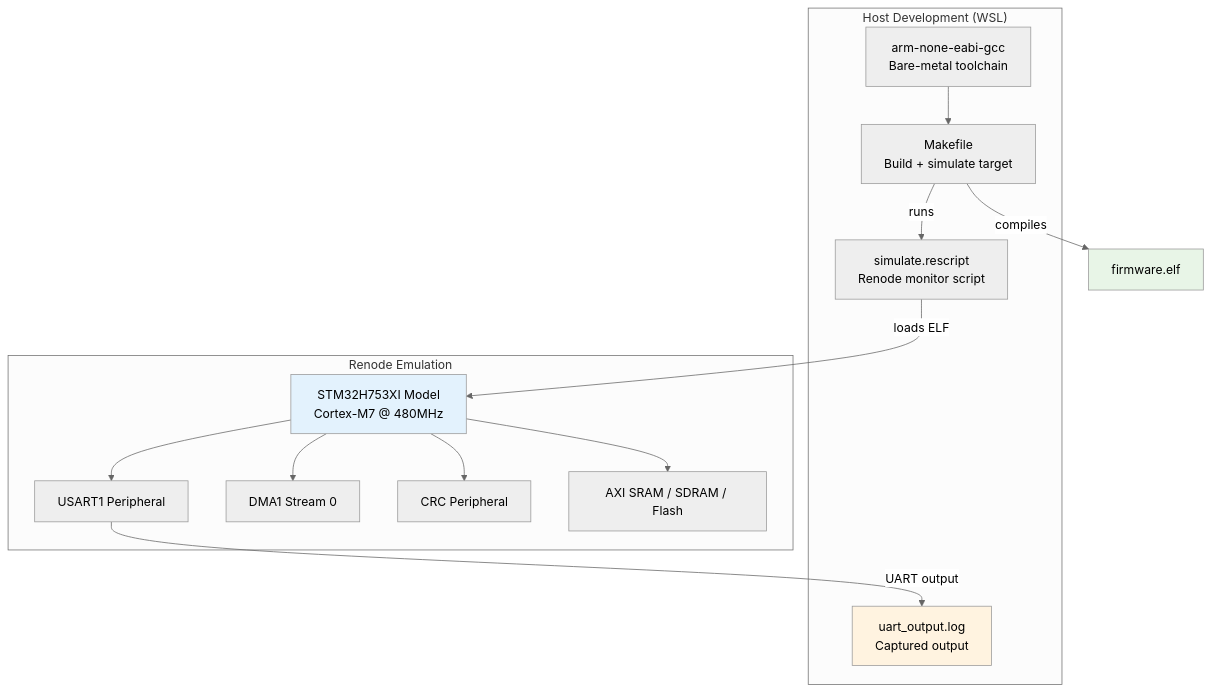
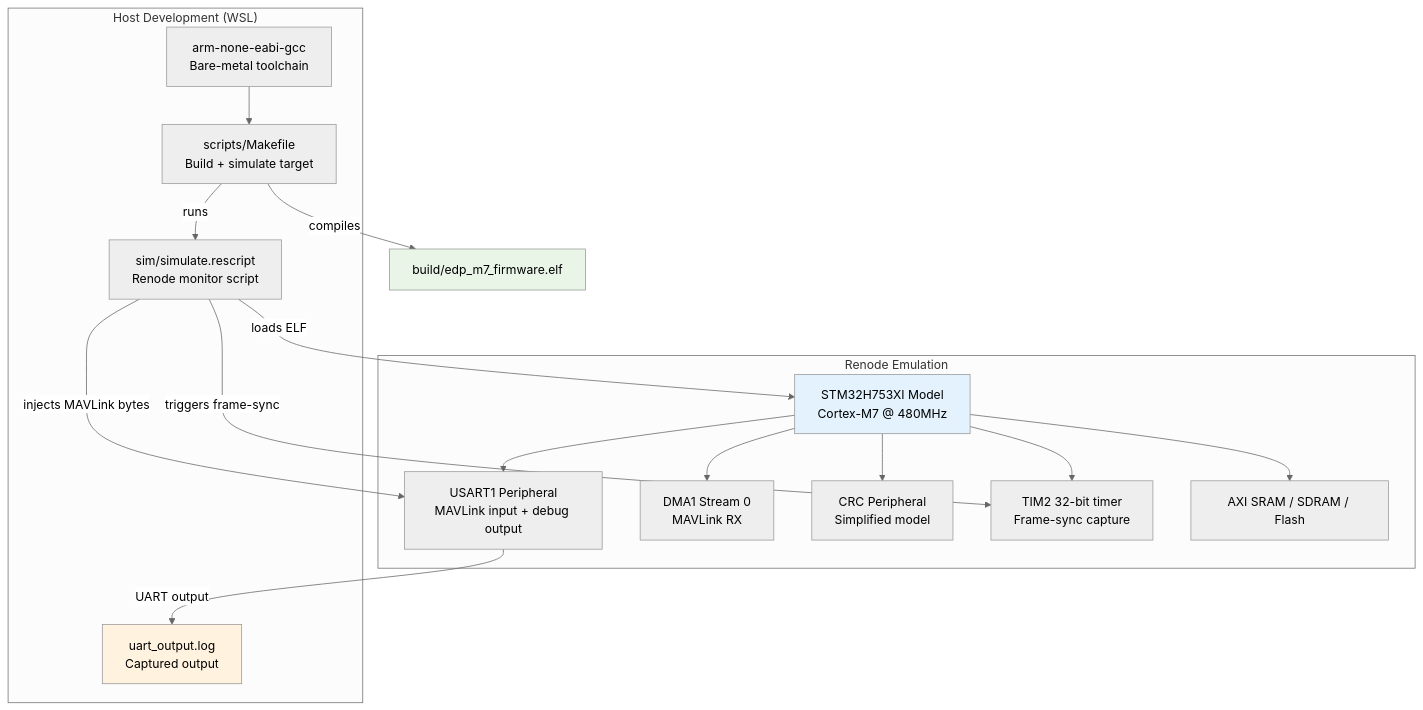
One commit to Ganeshkumara26/radar-inertial-georeferencer changed the second of 3 diagrams in docs/verification.md. Above: the diagram before and after it, drawn with Mermaid (neutral theme). The commit also changed other lines of this file and 215 other files, not shown here.

Commit message:
added docs and firmware build

````diff
--- a/docs/verification.md
+++ b/docs/verification.md
@@ -28,31 +32,35 @@
 ```mermaid
 flowchart TD
     subgraph Host["Host Development (WSL)"]
         GCC["arm-none-eabi-gcc<br/>Bare-metal toolchain"]
-        Makefile["Makefile<br/>Build + simulate target"]
-        Script["simulate.rescript<br/>Renode monitor script"]
+        Makefile["scripts/Makefile<br/>Build + simulate target"]
+        Script["sim/simulate.rescript<br/>Renode monitor script"]
         Log["uart_output.log<br/>Captured output"]
     end
 
     subgraph Renode["Renode Emulation"]
         STM32["STM32H753XI Model<br/>Cortex-M7 @ 480MHz"]
-        USART["USART1 Peripheral"]
-        DMA["DMA1 Stream 0"]
-        CRC["CRC Peripheral"]
+        USART["USART1 Peripheral<br/>MAVLink input + debug output"]
+        DMA["DMA1 Stream 0<br/>MAVLink RX"]
+        CRC["CRC Peripheral<br/>Simplified model"]
+        TIM2["TIM2 32-bit timer<br/>Frame-sync capture"]
         MemMaps["AXI SRAM / SDRAM / Flash"]
     end
 
     GCC --> Makefile
-    Makefile -->|compiles| ELF["firmware.elf"]
+    Makefile -->|compiles| ELF["build/edp_m7_firmware.elf"]
     Makefile -->|runs| Script
     Script -->|"loads ELF"| STM32
+    Script -->|"injects MAVLink bytes"| USART
+    Script -->|"triggers frame-sync"| TIM2
     STM32 --> USART
     STM32 --> DMA
     STM32 --> CRC
+    STM32 --> TIM2
     STM32 --> MemMaps
     USART -->|UART output| Log
 
     style STM32 fill:#e3f2fd
     style ELF fill:#e8f5e7
     style Log fill:#fff3e0
 ```
````
